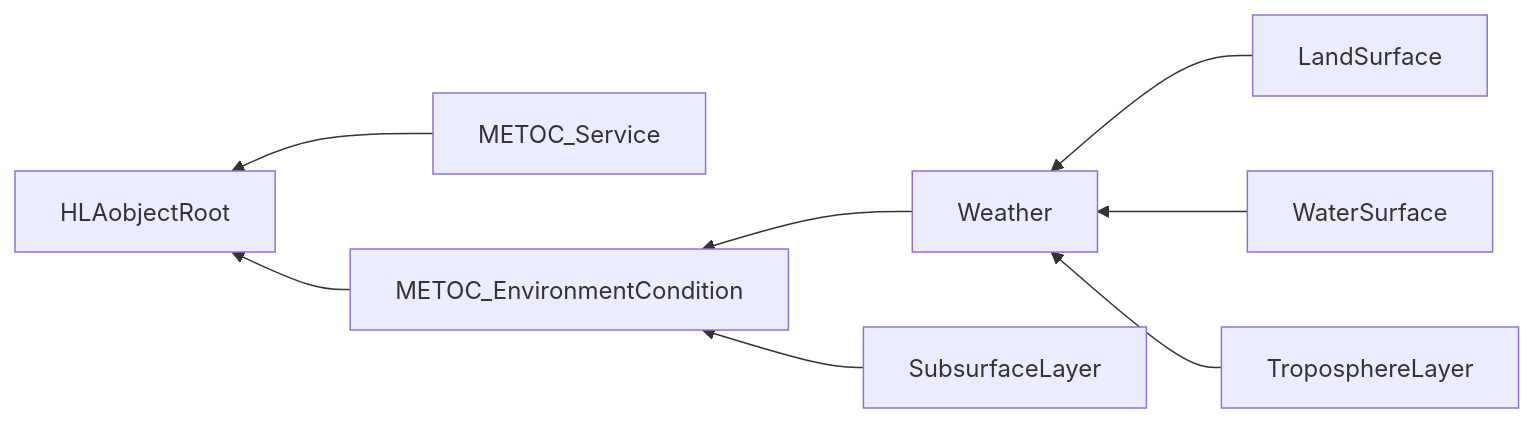
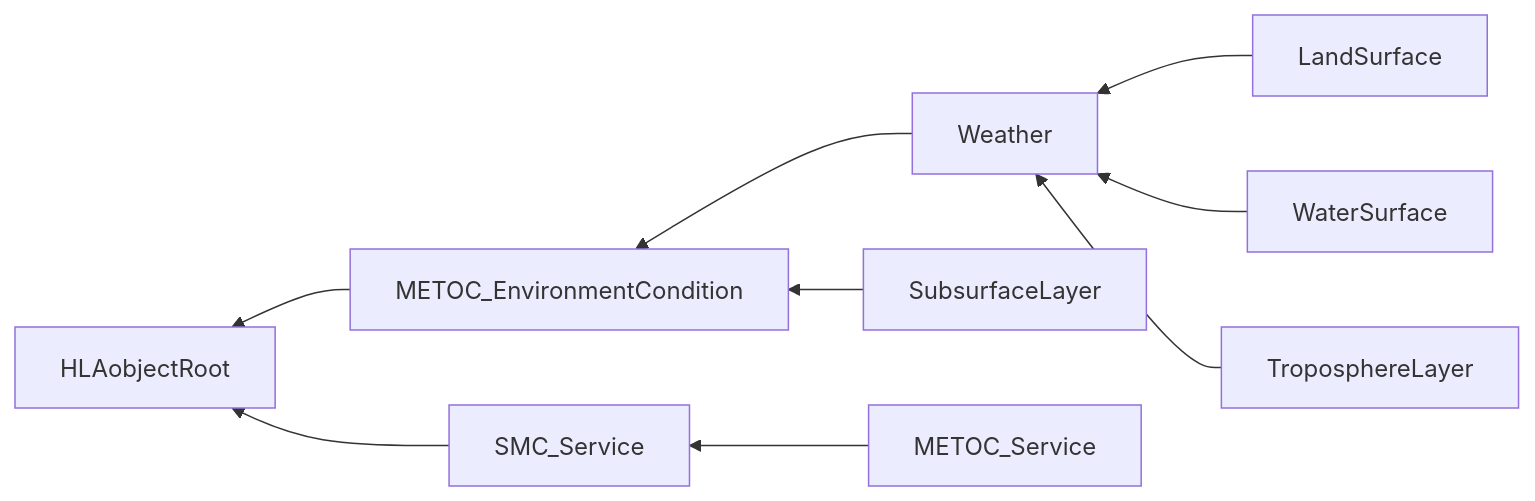
Before and after one commit to AMSP-04/NETN-METOC: the first of 2 diagrams in NETN-METOC.md, drawn with Mermaid. The commit also changed other lines of this file and 3 other files, not shown here.

````diff
--- a/NETN-METOC.md
+++ b/NETN-METOC.md
@@ -69,10 +69,11 @@
 ```mermaid
 graph RL
-METOC_Service-->HLAobjectRoot
 METOC_EnvironmentCondition-->HLAobjectRoot
+SMC_Service-->HLAobjectRoot
 Weather-->METOC_EnvironmentCondition
 SubsurfaceLayer-->METOC_EnvironmentCondition
 LandSurface-->Weather
 WaterSurface-->Weather
 TroposphereLayer-->Weather
+METOC_Service-->SMC_Service
 ```
````
